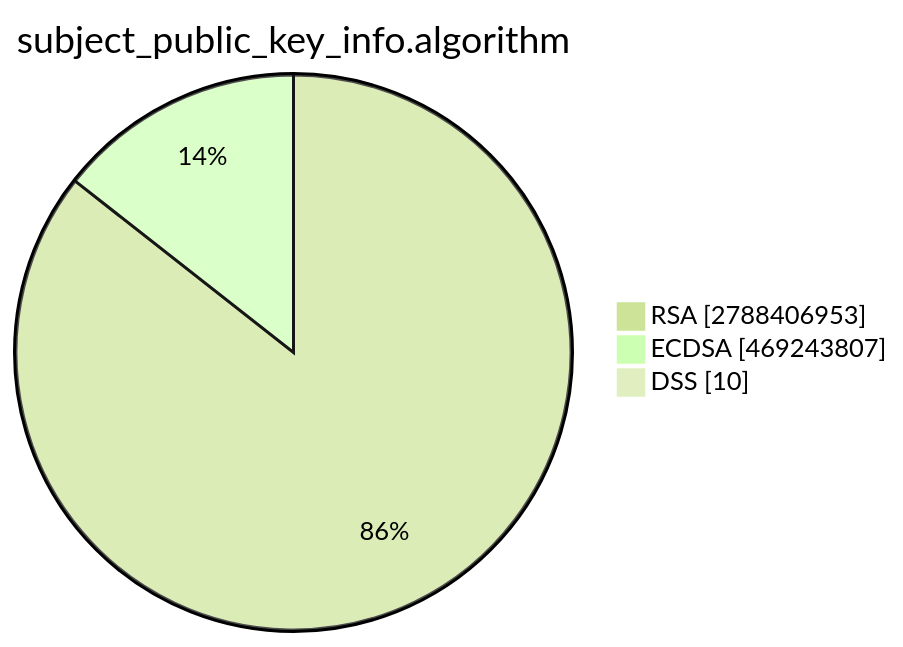
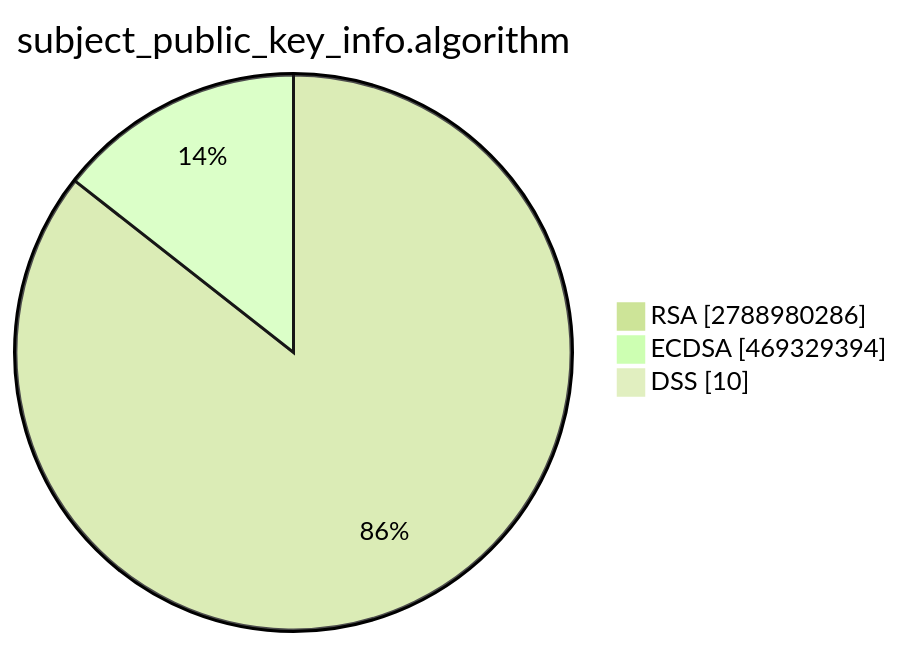
Before and after one commit to christiankrug/ctmonitor_visualization: the second of 15 diagrams in TOTAL/README.md, drawn with Mermaid (forest theme). The commit also changed other lines of this file, not shown here.

````diff
--- a/TOTAL/README.md
+++ b/TOTAL/README.md
@@ -6,7 +6,7 @@
 ```mermaid
 pie showData
 title subject_public_key_info.algorithm
-"RSA" :2788406953
-"ECDSA" :469243807
+"RSA" :2788980286
+"ECDSA" :469329394
 "DSS" :10
 ```
````
